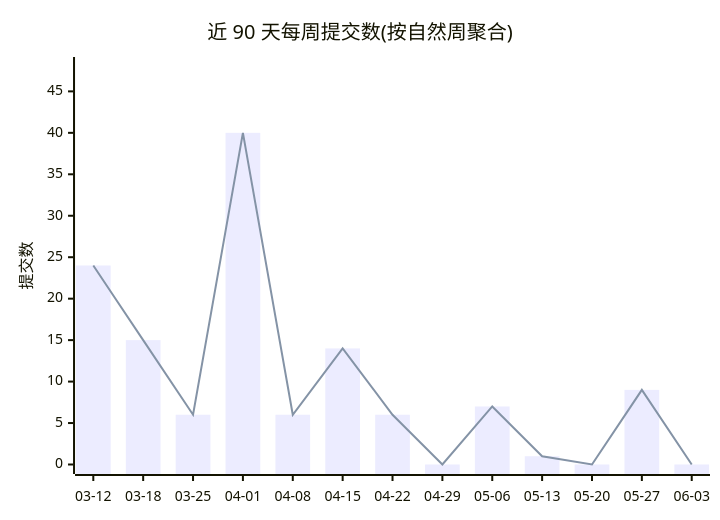
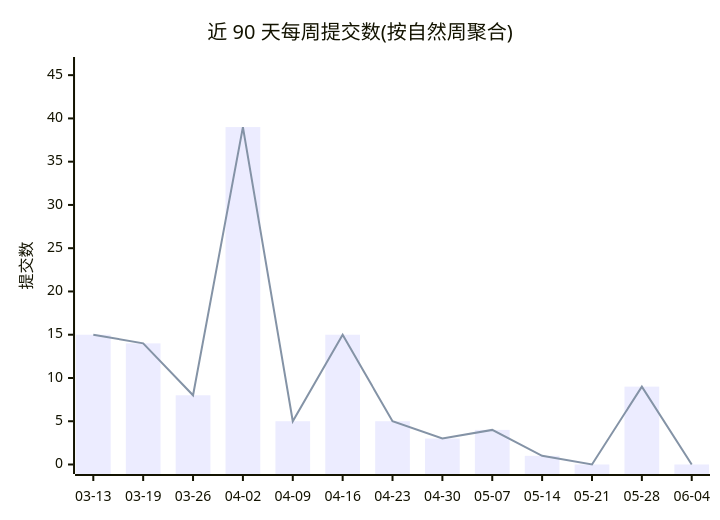
Before and after one commit to Conflux-Union/.github: the first of 2 diagrams in profile/README.md, drawn with Mermaid. The commit also changed other lines of this file and 1 other file, not shown here.

````diff
--- a/profile/README.md
+++ b/profile/README.md
@@ -44,8 +44,8 @@
 ```mermaid
 xychart-beta
     title "近 90 天每周提交数(按自然周聚合)"
-    x-axis ["03-12", "03-18", "03-25", "04-01", "04-08", "04-15", "04-22", "04-29", "05-06", "05-13", "05-20", "05-27", "06-03"]
-    y-axis "提交数" 0 --> 48
-    bar [24, 15, 6, 40, 6, 14, 6, 0, 7, 1, 0, 9, 0]
-    line [24, 15, 6, 40, 6, 14, 6, 0, 7, 1, 0, 9, 0]
+    x-axis ["03-13", "03-19", "03-26", "04-02", "04-09", "04-16", "04-23", "04-30", "05-07", "05-14", "05-21", "05-28", "06-04"]
+    y-axis "提交数" 0 --> 46
+    bar [15, 14, 8, 39, 5, 15, 5, 3, 4, 1, 0, 9, 0]
+    line [15, 14, 8, 39, 5, 15, 5, 3, 4, 1, 0, 9, 0]
 ```
````
